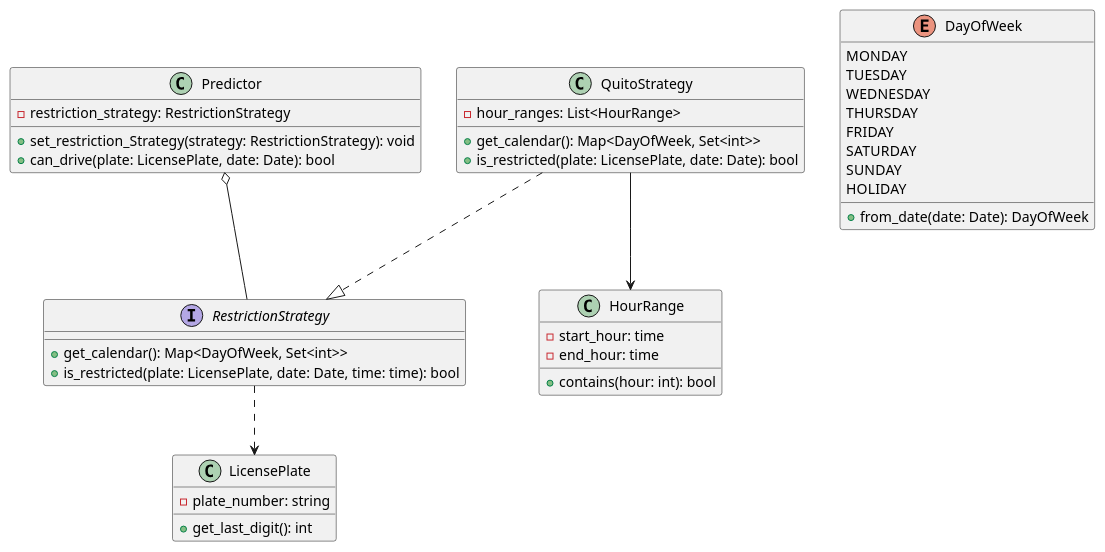
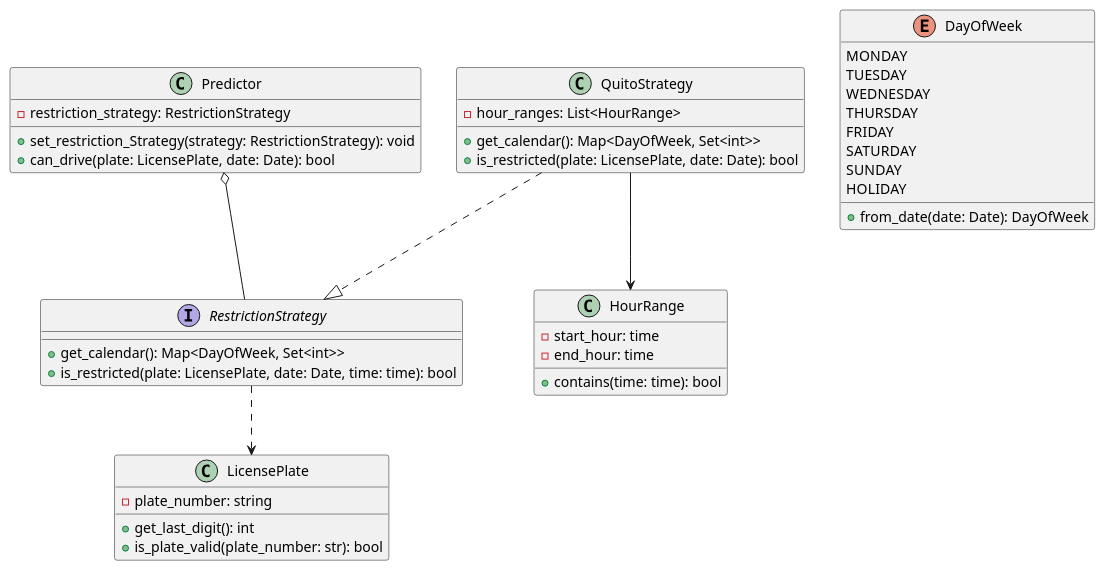
One commit to RodraHa/Pico_Placa_Predictor changed the diagram in docs/diagrams/class_diagram.puml. Above: the diagram before and after it, drawn with PlantUML. The commit also changed 3 other files, not shown here.

```diff
--- a/docs/diagrams/class_diagram.puml
+++ b/docs/diagrams/class_diagram.puml
@@ -1,48 +1,49 @@
 @startuml
 
 class LicensePlate {
     - plate_number: string
     + get_last_digit(): int
+    + is_plate_valid(plate_number: str): bool
 }
 
 class Predictor {
     - restriction_strategy: RestrictionStrategy
     + set_restriction_Strategy(strategy: RestrictionStrategy): void
     + can_drive(plate: LicensePlate, date: Date): bool
 }
 
 interface RestrictionStrategy {
     + get_calendar(): Map<DayOfWeek, Set<int>>
     + is_restricted(plate: LicensePlate, date: Date, time: time): bool
 }
 
 class QuitoStrategy {
     - hour_ranges: List<HourRange>
     + get_calendar(): Map<DayOfWeek, Set<int>>
     + is_restricted(plate: LicensePlate, date: Date): bool
 }
 
 class HourRange {
     - start_hour: time
     - end_hour: time
-    + contains(hour: int): bool
+    + contains(time: time): bool
 }
 
 enum DayOfWeek {
     MONDAY
     TUESDAY
     WEDNESDAY
     THURSDAY
     FRIDAY
     SATURDAY
     SUNDAY
     HOLIDAY
     + from_date(date: Date): DayOfWeek
 }
 
 QuitoStrategy ..|> RestrictionStrategy
 Predictor o-- RestrictionStrategy
 RestrictionStrategy ..> LicensePlate
 QuitoStrategy --> HourRange
 
 @enduml
```
